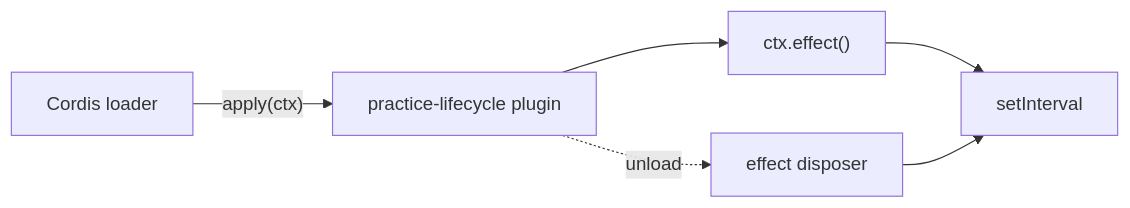
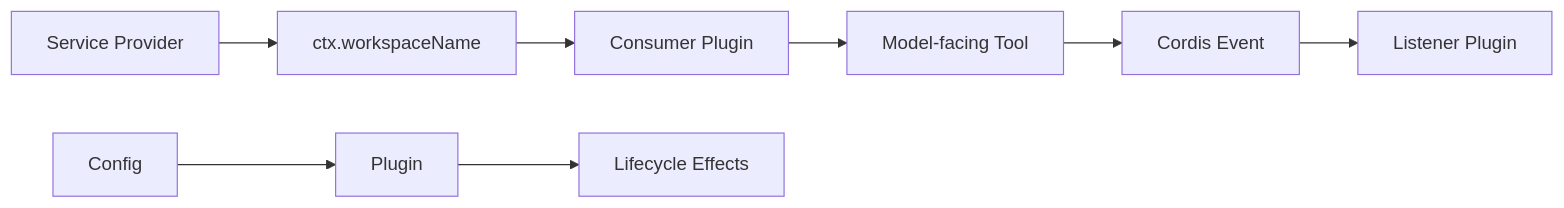
The diagram in README.md (Ri0n72Y/dsh-plugin-practice), drawn with Mermaid before and after one commit. The commit also changed other lines of this file and 6 other files, not shown here.

````diff
--- a/README.md
+++ b/README.md
@@ -51,8 +155,10 @@
 ```mermaid
 flowchart LR
-    Loader["Cordis loader"] -->|"apply(ctx)"| Plugin["practice-lifecycle plugin"]
-    Plugin --> Effect["ctx.effect()"]
-    Effect --> Timer["setInterval"]
-    Plugin -. unload .-> Cleanup["effect disposer"]
-    Cleanup --> Timer
+    Config["Config"] --> Plugin["Plugin"]
+    Provider["Service Provider"] --> Service["ctx.workspaceName"]
+    Service --> Consumer["Consumer Plugin"]
+    Consumer --> Tool["Model-facing Tool"]
+    Tool --> Event["Cordis Event"]
+    Event --> Listener["Listener Plugin"]
+    Plugin --> Effect["Lifecycle Effects"]
 ```
````
